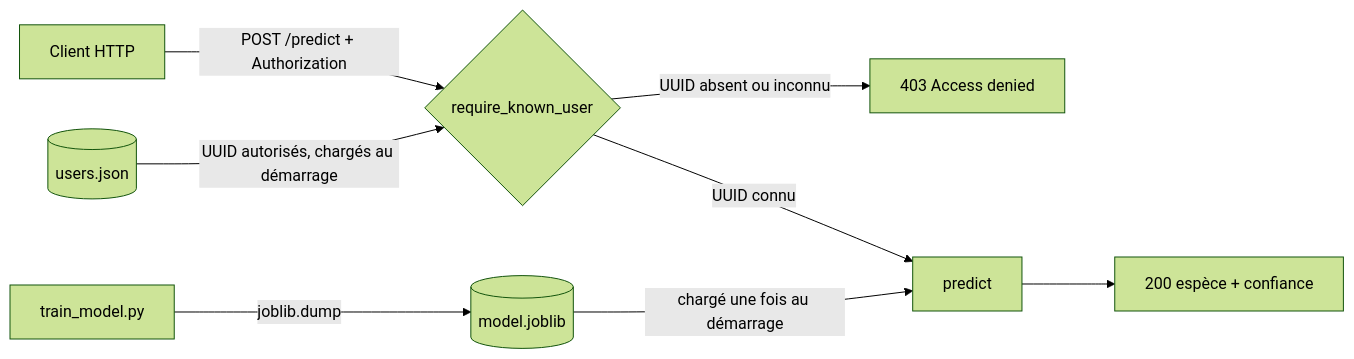
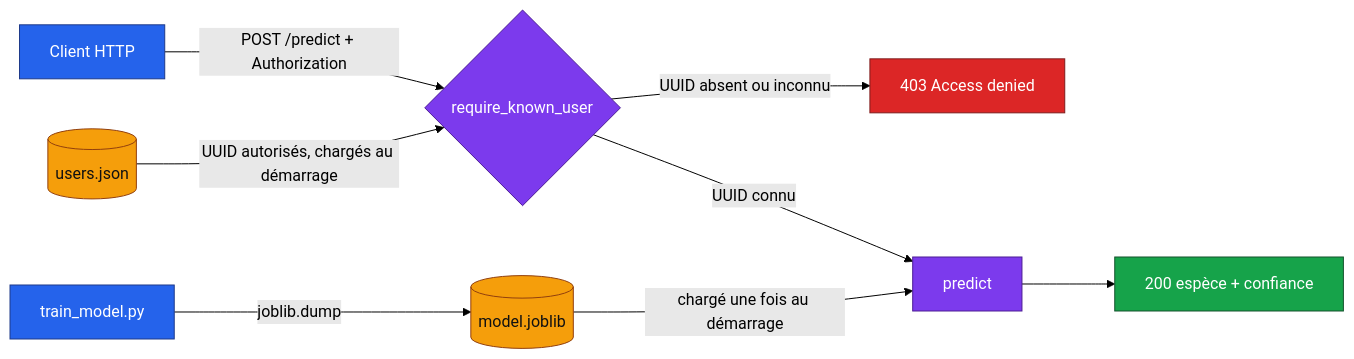
Before and after one commit to Adam-Blf/mlops-iris-secure-api: the diagram in README.md, drawn with Mermaid (forest theme).

Commit message:
docs: color the architecture diagram by role (#2)

````diff
--- a/README.md
+++ b/README.md
@@ -9,10 +9,21 @@
 ```mermaid
 flowchart LR
     T[train_model.py] -->|joblib.dump| M[(model.joblib)]
     C[Client HTTP] -->|POST /predict + Authorization| A{require_known_user}
     U[(users.json)] -->|UUID autorisés, chargés au démarrage| A
     A -->|UUID absent ou inconnu| R[403 Access denied]
     A -->|UUID connu| P[predict]
     M -->|chargé une fois au démarrage| P
     P --> J[200 espèce + confiance]
+
+    classDef input fill:#2563eb,stroke:#1e3a8a,color:#fff
+    classDef process fill:#7c3aed,stroke:#4c1d95,color:#fff
+    classDef store fill:#f59e0b,stroke:#92400e,color:#111
+    classDef ok fill:#16a34a,stroke:#14532d,color:#fff
+    classDef error fill:#dc2626,stroke:#7f1d1d,color:#fff
+    class C,T input
+    class A,P process
+    class M,U store
+    class J ok
+    class R error
 ```
````
